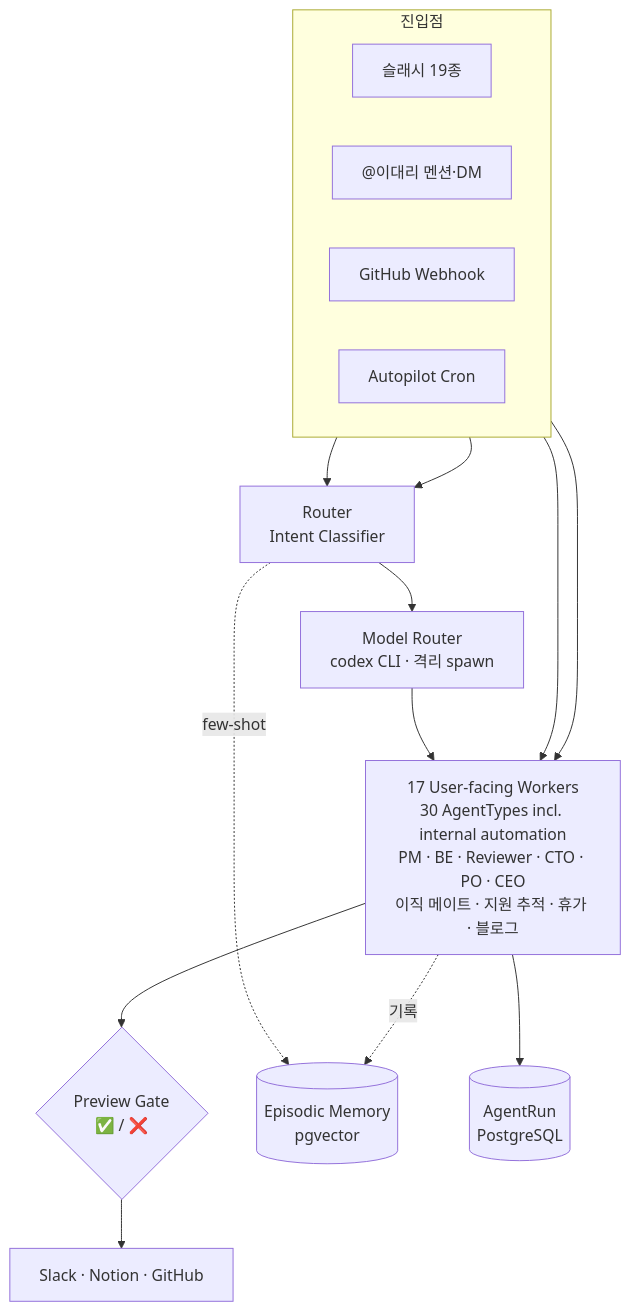
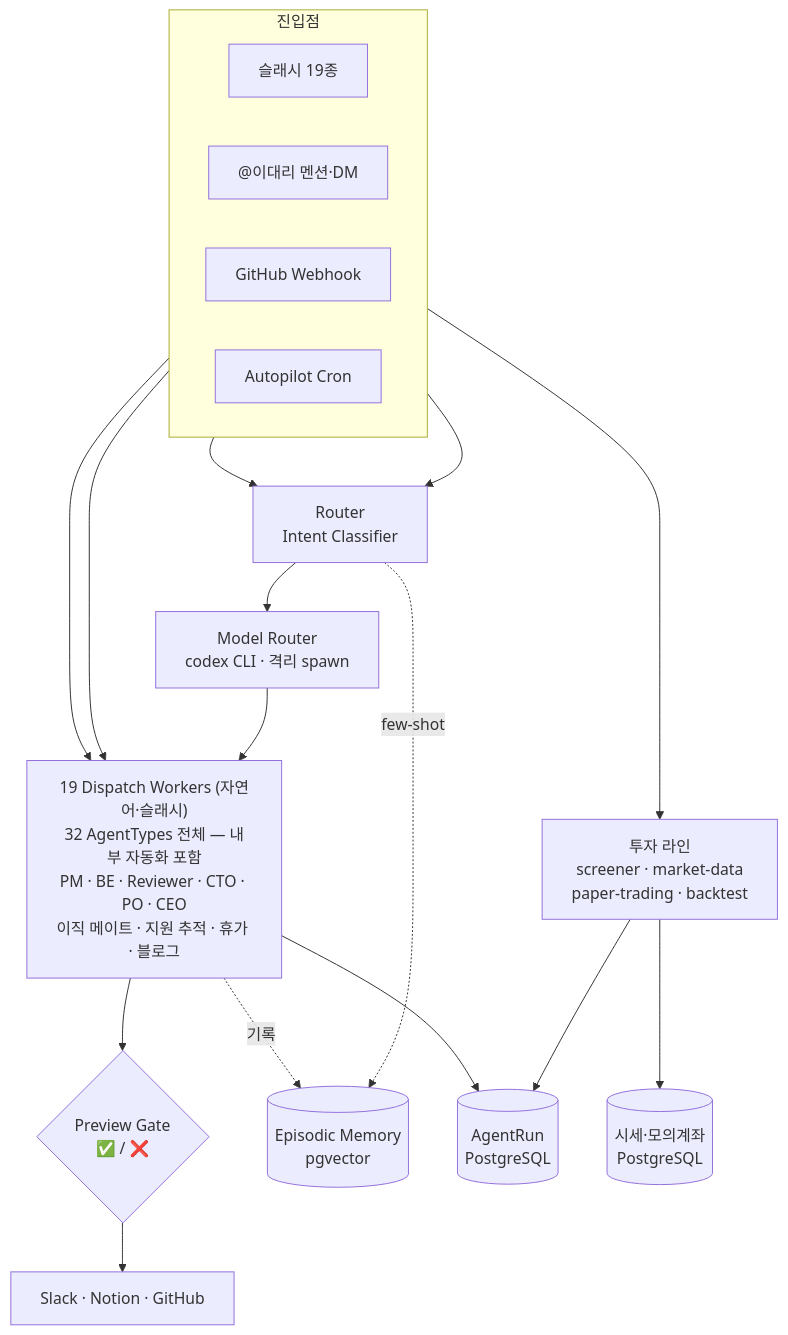
The diagram in README.md (JSL107/personal_agents), drawn with Mermaid before and after one commit. The commit also changed other lines of this file, not shown here.

````diff
--- a/README.md
+++ b/README.md
@@ -41,28 +43,33 @@
 ```mermaid
 flowchart TD
     subgraph IN["진입점"]
         direction LR
         S["슬래시 19종"]
         M["@이대리 멘션·DM"]
         W["GitHub Webhook"]
         C["Autopilot Cron"]
     end
 
     R["Router<br/>Intent Classifier"]
     MR["Model Router<br/>codex CLI · 격리 spawn"]
-    WK["17 User-facing Workers<br/>30 AgentTypes incl. internal automation<br/>PM · BE · Reviewer · CTO · PO · CEO<br/>이직 메이트 · 지원 추적 · 휴가 · 블로그"]
+    WK["19 Dispatch Workers (자연어·슬래시)<br/>32 AgentTypes 전체 — 내부 자동화 포함<br/>PM · BE · Reviewer · CTO · PO · CEO<br/>이직 메이트 · 지원 추적 · 휴가 · 블로그"]
+    IV["투자 라인<br/>screener · market-data<br/>paper-trading · backtest"]
     PG{"Preview Gate<br/>✅ / ❌"}
     EXT["Slack · Notion · GitHub"]
     EM[("Episodic Memory<br/>pgvector")]
     AR[("AgentRun<br/>PostgreSQL")]
+    MD[("시세·모의계좌<br/>PostgreSQL")]
 
     S --> R
     M --> R
     R -. few-shot .-> EM
     R --> MR --> WK
     W --> WK
     C --> WK
+    C --> IV
+    IV --> MD
+    IV --> AR
     WK --> PG --> EXT
     WK --> AR
     WK -. 기록 .-> EM
 ```
````
